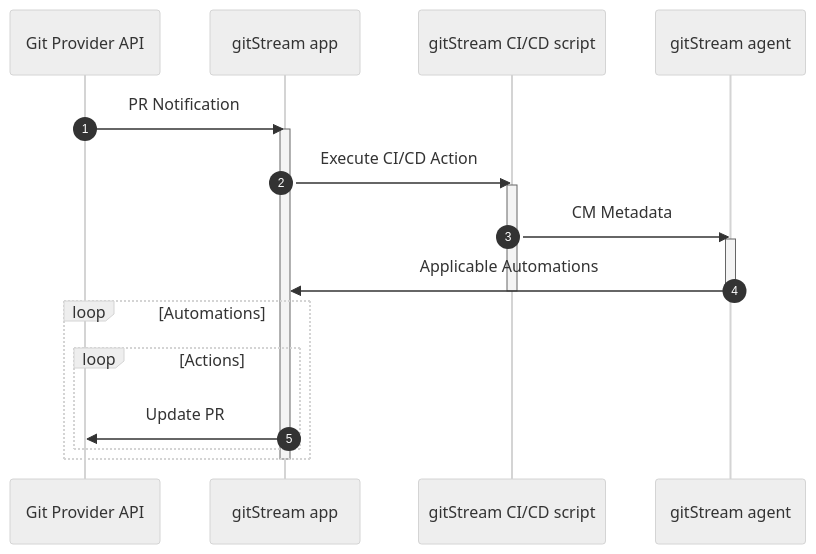
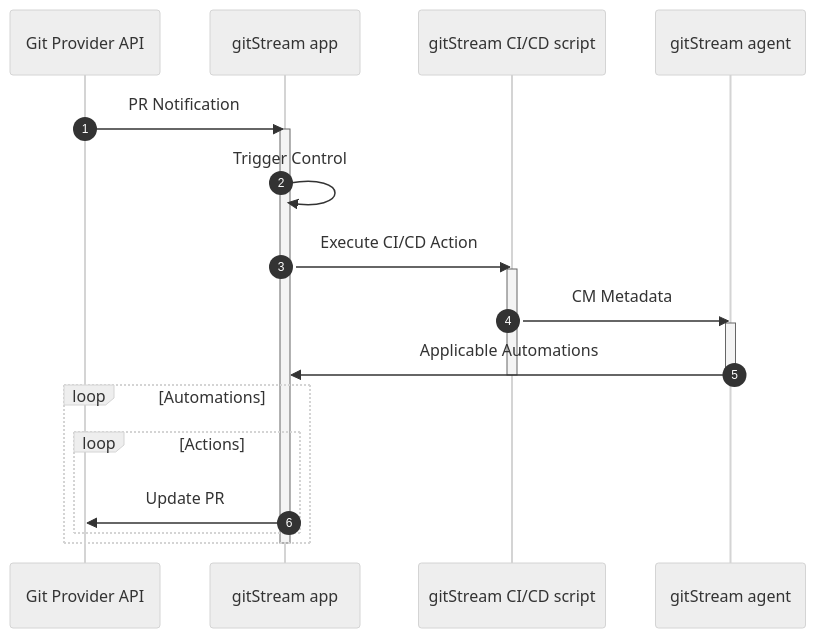
The diagram in docs/how-it-works.md (linear-b/gitstream), drawn with Mermaid (neutral theme) before and after one commit. The commit also changed other lines of this file, not shown here.

Commit message:
Add trigger control step to workflow documentation

````diff
--- a/docs/how-it-works.md
+++ b/docs/how-it-works.md
@@ -162,19 +163,20 @@
 ``` mermaid
 sequenceDiagram
   autonumber
   Git Provider API->>gitStream app: PR Notification
   activate gitStream app
+  gitStream app->>gitStream app: Trigger Control
   gitStream app->>gitStream CI/CD script: Execute CI/CD Action
   activate gitStream CI/CD script
   gitStream CI/CD script->>gitStream agent: CM Metadata
   activate gitStream agent
   gitStream agent->>gitStream app: Applicable Automations 
   deactivate gitStream agent
   deactivate gitStream CI/CD script
   loop Automations
     loop Actions
       gitStream app->>Git Provider API: Update PR
     end
    end
   deactivate gitStream app
 ```
````
